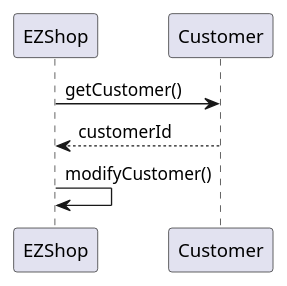
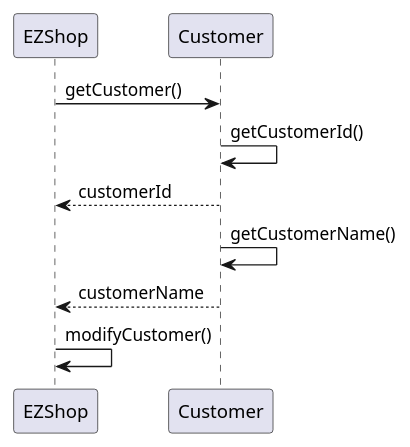
Before and after one commit to gioele-scaletta/EZShop-Software-Engineering-Project: the ninth of 15 diagrams in Deliverables/DesignDocument.md, drawn with PlantUML. The commit also changed other lines of this file, not shown here.

Commit message:
Update Sequence Diagram - Use Case 4

````diff
--- a/Deliverables/DesignDocument.md
+++ b/Deliverables/DesignDocument.md
@@ -380,5 +385,8 @@
 ```plantuml
 EZShop ->Customer : getCustomer()
+Customer -> Customer : getCustomerId()
 Customer --> EZShop : customerId
+Customer -> Customer : getCustomerName()
+Customer --> EZShop : customerName
 EZShop -> EZShop : modifyCustomer()
 ```
````
